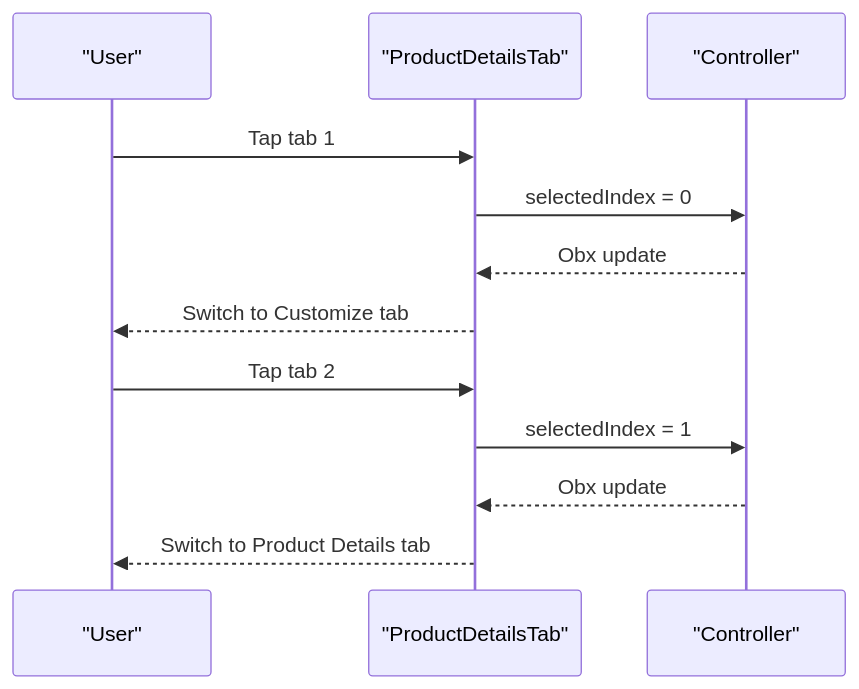
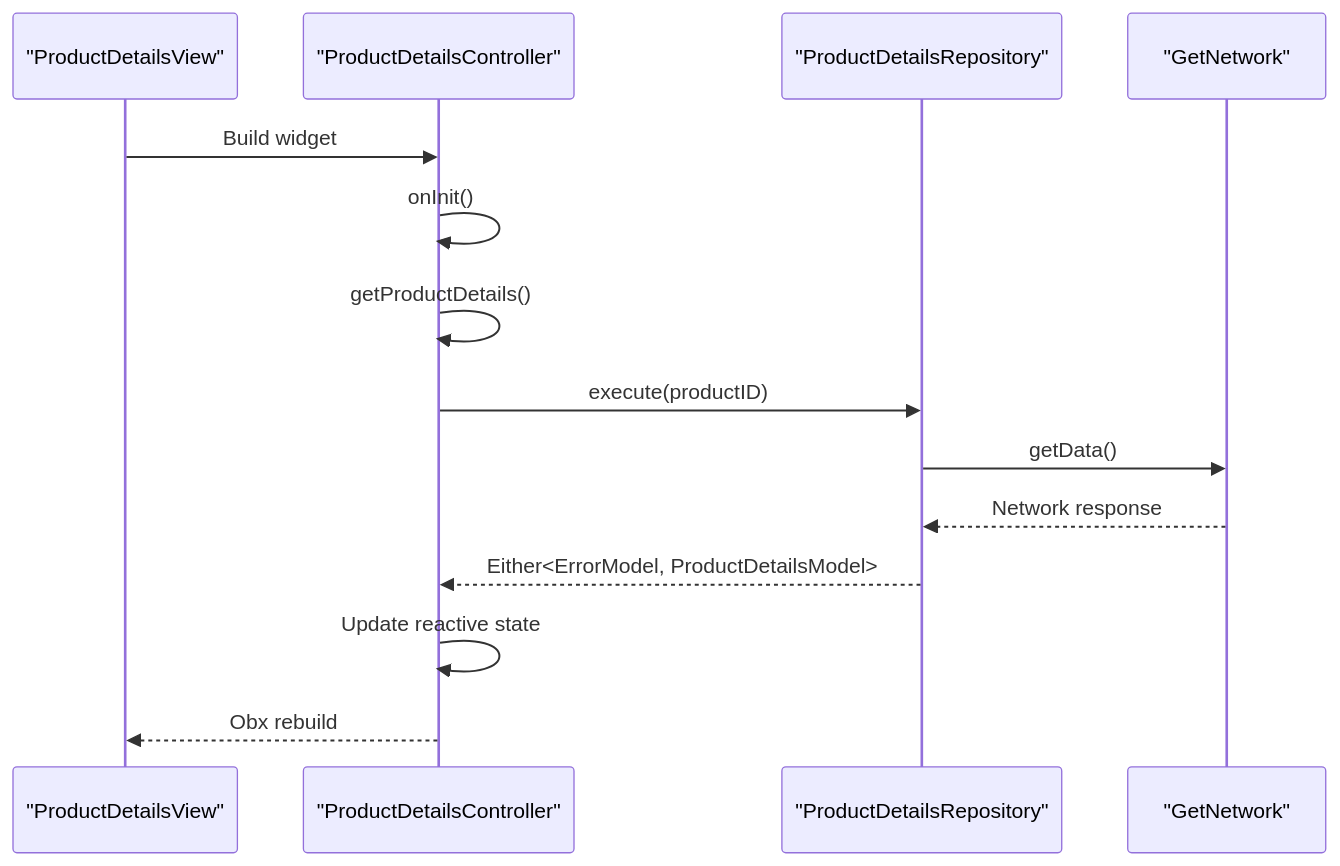
Before and after one commit to Ariful3111/FurniGo: the third of 4 diagrams in .qoder/repowiki/en/content/Core Features/E-commerce Platform/Product Details and Information.md, drawn with Mermaid. The commit also changed other lines of this file and 12 other files, not shown here.

````diff
--- a/.qoder/repowiki/en/content/Core Features/E-commerce Platform/Product Details and Information.md
+++ b/.qoder/repowiki/en/content/Core Features/E-commerce Platform/Product Details and Information.md
@@ -321,14 +222,16 @@
 ```mermaid
 sequenceDiagram
-participant U as "User"
-participant T as "ProductDetailsTab"
-participant C as "Controller"
-U->>T : Tap tab 1
-T->>C : selectedIndex = 0
-C-->>T : Obx update
-T-->>U : Switch to Customize tab
-U->>T : Tap tab 2
-T->>C : selectedIndex = 1
-C-->>T : Obx update
-T-->>U : Switch to Product Details tab
+participant V as "ProductDetailsView"
+participant C as "ProductDetailsController"
+participant R as "ProductDetailsRepository"
+participant N as "GetNetwork"
+V->>C : Build widget
+C->>C : onInit()
+C->>C : getProductDetails()
+C->>R : execute(productID)
+R->>N : getData()
+N-->>R : Network response
+R-->>C : Either<ErrorModel, ProductDetailsModel>
+C->>C : Update reactive state
+C-->>V : Obx rebuild
 ```
````
